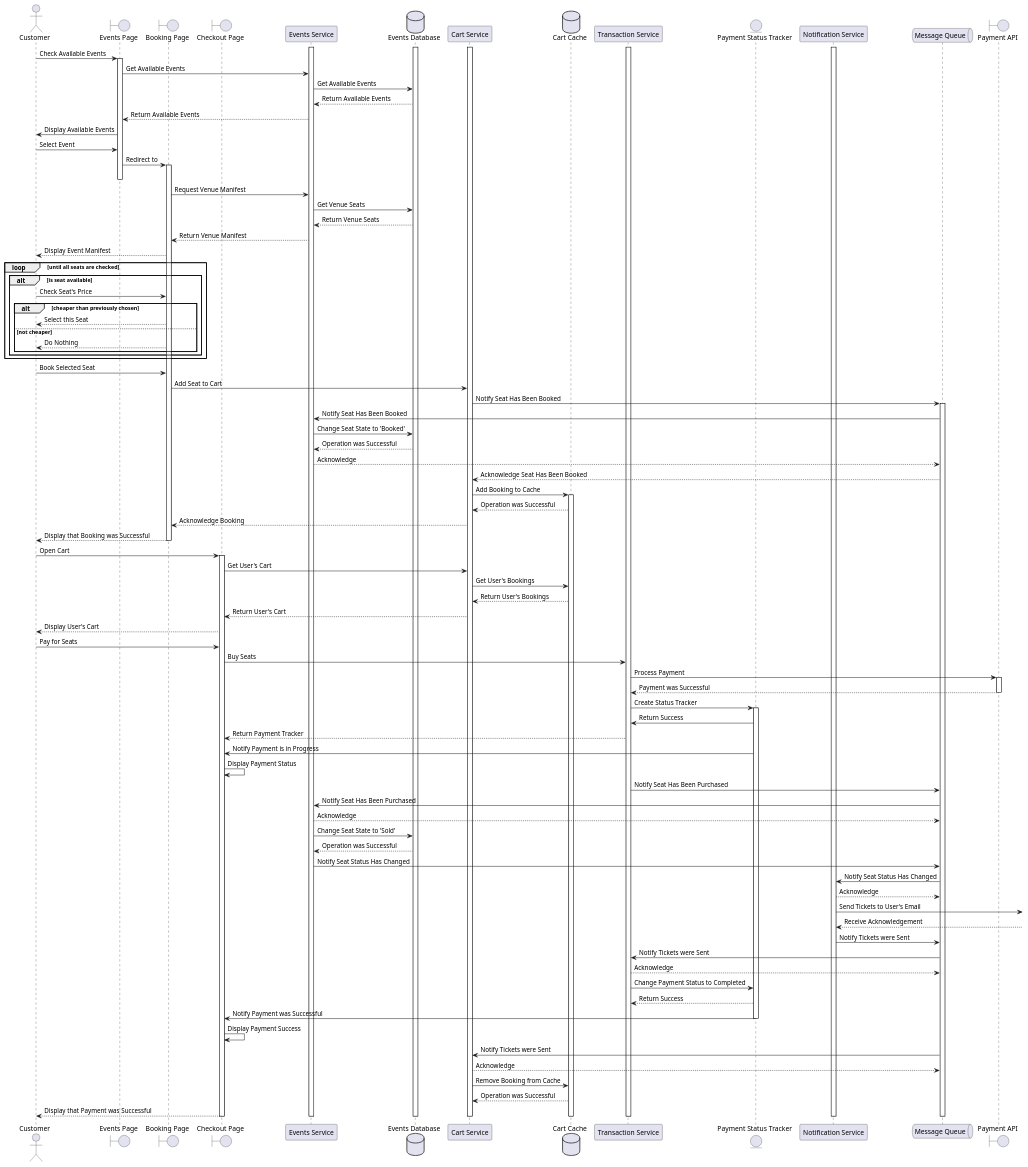
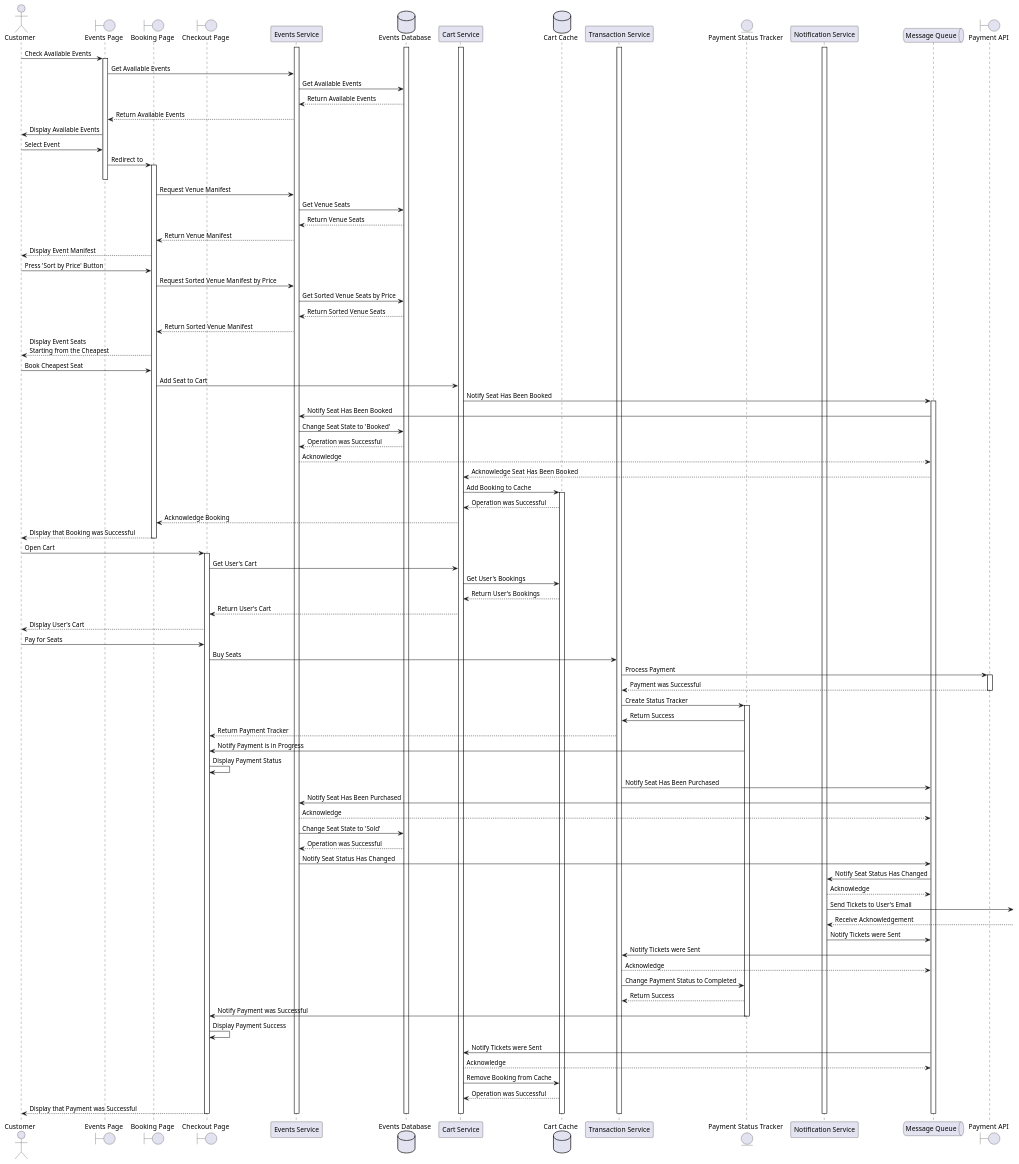
The diagram in diagrams/lowest-price-seat-booking-sequence-diagram.puml (vadzim-kurdzesau/ticketing-domain), drawn with PlantUML before and after one commit. The commit also changed 1 other file, not shown here.

Commit message:
fix: fix sequence diagram according to review

```diff
--- a/diagrams/lowest-price-seat-booking-sequence-diagram.puml
+++ b/diagrams/lowest-price-seat-booking-sequence-diagram.puml
@@ -1,120 +1,114 @@
 @startuml lowest-price-seat-booking-sequence-diagram
 
 actor Customer as user
 boundary "Events Page" as eventsPage
 boundary "Booking Page" as bookingPage
 boundary "Checkout Page" as checkoutPage
 participant "Events Service" as eventService
 database "Events Database" as eventsDb
 
 participant "Cart Service" as cartService
 database "Cart Cache" as cartCache
 participant "Transaction Service" as transactionService
 entity "Payment Status Tracker" as paymentTracking
 participant "Notification Service" as notifications
 queue "Message Queue" as queueService
 boundary "Payment API" as paymentApi
 
 activate eventsDb
 activate eventService
 activate cartService
 activate transactionService
 activate notifications
 
 user -> eventsPage ++ : Check Available Events
 eventsPage -> eventService : Get Available Events
 eventService -> eventsDb : Get Available Events
 eventsDb --> eventService : Return Available Events
 eventService --> eventsPage : Return Available Events
 eventsPage -> user : Display Available Events
 
 
 user -> eventsPage : Select Event
 eventsPage -> bookingPage ++ : Redirect to
 deactivate eventsPage
 bookingPage -> eventService : Request Venue Manifest
 eventService -> eventsDb : Get Venue Seats
 eventsDb --> eventService : Return Venue Seats
 eventService --> bookingPage : Return Venue Manifest
 bookingPage --> user: Display Event Manifest
 
-loop until all seats are checked
-    alt is seat available
-        user -> bookingPage : Check Seat's Price
+user -> bookingPage : Press 'Sort by Price' Button
+bookingPage -> eventService : Request Sorted Venue Manifest by Price
+eventService -> eventsDb : Get Sorted Venue Seats by Price
+eventsDb --> eventService : Return Sorted Venue Seats
+eventService --> bookingPage : Return Sorted Venue Manifest
+bookingPage --> user: Display Event Seats \nStarting from the Cheapest
 
-        alt cheaper than previously chosen
-            bookingPage --> user : Select this Seat
-        else not cheaper
-            bookingPage --> user: Do Nothing
-        end 
-    end
-end
-
-
-user -> bookingPage : Book Selected Seat
+user -> bookingPage : Book Cheapest Seat
 bookingPage -> cartService : Add Seat to Cart
 cartService -> queueService ++ : Notify Seat Has Been Booked
 queueService -> eventService : Notify Seat Has Been Booked
 eventService -> eventsDb : Change Seat State to 'Booked'
 eventsDb --> eventService : Operation was Successful
 eventService --> queueService : Acknowledge
 queueService --> cartService : Acknowledge Seat Has Been Booked
 cartService -> cartCache ++: Add Booking to Cache
 cartCache --> cartService : Operation was Successful
 cartService --> bookingPage : Acknowledge Booking
 bookingPage --> user -- : Display that Booking was Successful
 
 
 user -> checkoutPage ++: Open Cart
 checkoutPage -> cartService : Get User's Cart
 cartService -> cartCache : Get User's Bookings
 cartCache --> cartService : Return User's Bookings
 cartService --> checkoutPage : Return User's Cart
 checkoutPage --> user : Display User's Cart
 
 user -> checkoutPage: Pay for Seats
 checkoutPage -> transactionService : Buy Seats
 transactionService -> paymentApi ++ : Process Payment
 paymentApi --> transactionService -- : Payment was Successful
 transactionService -> paymentTracking ++ : Create Status Tracker
 paymentTracking -> transactionService : Return Success
 transactionService --> checkoutPage : Return Payment Tracker
 paymentTracking -> checkoutPage : Notify Payment is in Progress
 checkoutPage -> checkoutPage : Display Payment Status
 transactionService -> queueService : Notify Seat Has Been Purchased
 
 queueService -> eventService : Notify Seat Has Been Purchased
 eventService --> queueService : Acknowledge
 eventService -> eventsDb : Change Seat State to 'Sold'
 eventsDb --> eventService : Operation was Successful
 eventService -> queueService : Notify Seat Status Has Changed
 
 queueService -> notifications : Notify Seat Status Has Changed
 notifications --> queueService : Acknowledge
 notifications -> : Send Tickets to User's Email
 notifications <-- : Receive Acknowledgement
 notifications -> queueService : Notify Tickets were Sent
 
 queueService -> transactionService : Notify Tickets were Sent
 transactionService --> queueService : Acknowledge
 transactionService -> paymentTracking : Change Payment Status to Completed
 paymentTracking --> transactionService : Return Success
 paymentTracking -> checkoutPage -- : Notify Payment was Successful
 checkoutPage -> checkoutPage : Display Payment Success
 
 queueService -> cartService : Notify Tickets were Sent
 cartService --> queueService : Acknowledge
 cartService -> cartCache : Remove Booking from Cache
 cartCache --> cartService : Operation was Successful
 
 checkoutPage --> user --: Display that Payment was Successful
 
 deactivate eventsDb
 deactivate eventService
 deactivate cartService
 deactivate transactionService
 deactivate notifications
 deactivate queueService
 deactivate cartCache
 
 @enduml
```
